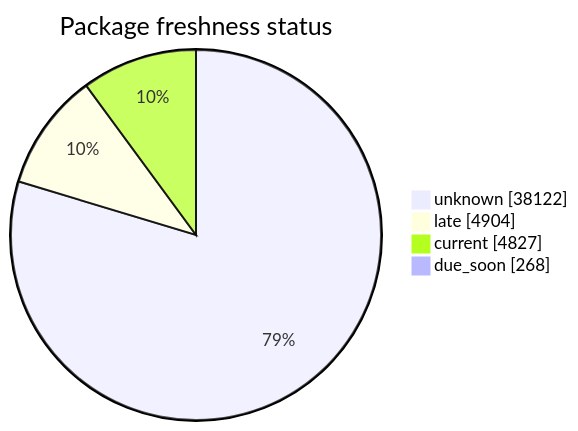
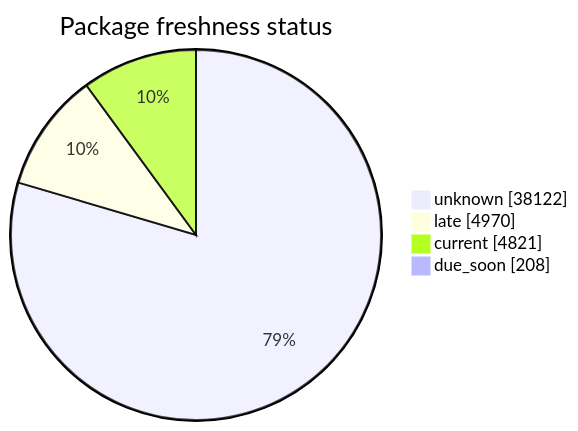
One commit to open-data/analytics-corporate-reporting changed the second of 5 diagrams in FreshCheck/README.md. Above: the diagram before and after it, drawn with Mermaid. The commit also changed other lines of this file and 3 other files, not shown here.

````diff
--- a/FreshCheck/README.md
+++ b/FreshCheck/README.md
@@ -68,7 +68,7 @@
 ```mermaid
 pie showData title Package freshness status
     "unknown": 38122
-    "late": 4904
-    "current": 4827
-    "due_soon": 268
+    "late": 4970
+    "current": 4821
+    "due_soon": 208
 ```
````
